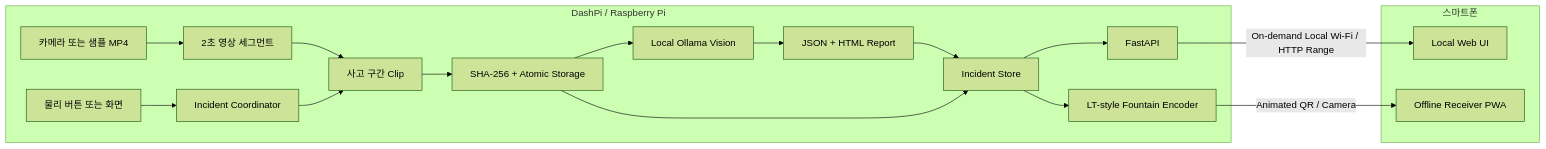
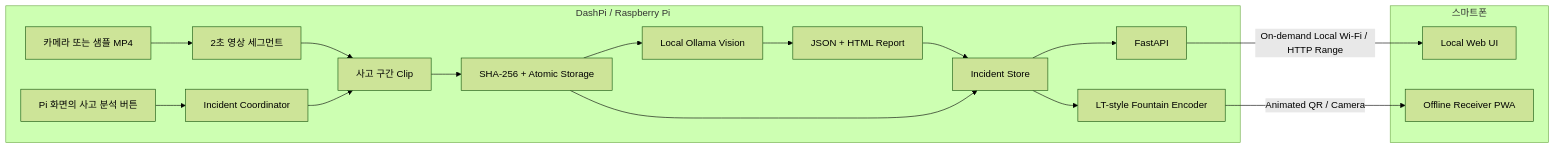
Before and after one commit to jcmaker/DashPi: the first of 2 diagrams in README.md, drawn with Mermaid (forest theme). The commit also changed other lines of this file and 6 other files, not shown here.

````diff
--- a/README.md
+++ b/README.md
@@ -51,24 +51,24 @@
 ```mermaid
 flowchart LR
     subgraph Device["DashPi / Raspberry Pi"]
         Source["카메라 또는 샘플 MP4"] --> Segments["2초 영상 세그먼트"]
-        Trigger["물리 버튼 또는 화면"] --> Incident["Incident Coordinator"]
+        Trigger["Pi 화면의 사고 분석 버튼"] --> Incident["Incident Coordinator"]
         Segments --> Clip["사고 구간 Clip"]
         Incident --> Clip
         Clip --> Hash["SHA-256 + Atomic Storage"]
         Hash --> Ollama["Local Ollama Vision"]
         Ollama --> Report["JSON + HTML Report"]
         Report --> Store["Incident Store"]
         Hash --> Store
         Store --> API["FastAPI"]
         Store --> Optical["LT-style Fountain Encoder"]
     end
 
     subgraph Phone["스마트폰"]
         Web["Local Web UI"]
         PWA["Offline Receiver PWA"]
     end
 
     API -->|"On-demand Local Wi-Fi / HTTP Range"| Web
     Optical -->|"Animated QR / Camera"| PWA
 ```
````
